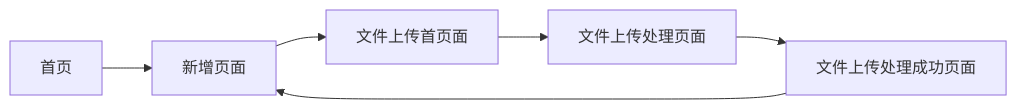
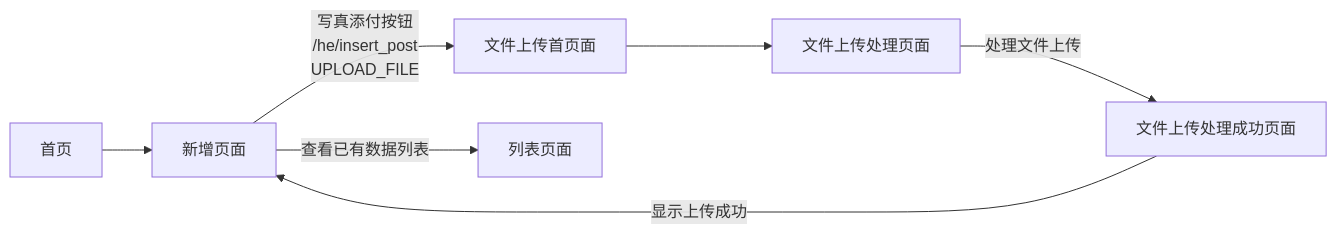
One commit to plseal/zhangzu changed the diagram in doc/he/readme.md. Above: the diagram before and after it, drawn with Mermaid.

````diff
--- a/doc/he/readme.md
+++ b/doc/he/readme.md
@@ -1,8 +1,9 @@
 ```mermaid
 graph LR
 A[首页] --> B[新增页面]
-B --> C[文件上传首页面]
+B -->|写真添付按钮<br>/he/insert_post<br>UPLOAD_FILE| C[文件上传首页面]
 C --> E[文件上传处理页面]
-E --> F[文件上传处理成功页面]
-F --> B
+E-->|处理文件上传| F[文件上传处理成功页面]
+F-->|显示上传成功| B
+B -->|查看已有数据列表| D[列表页面]
 ```
````
